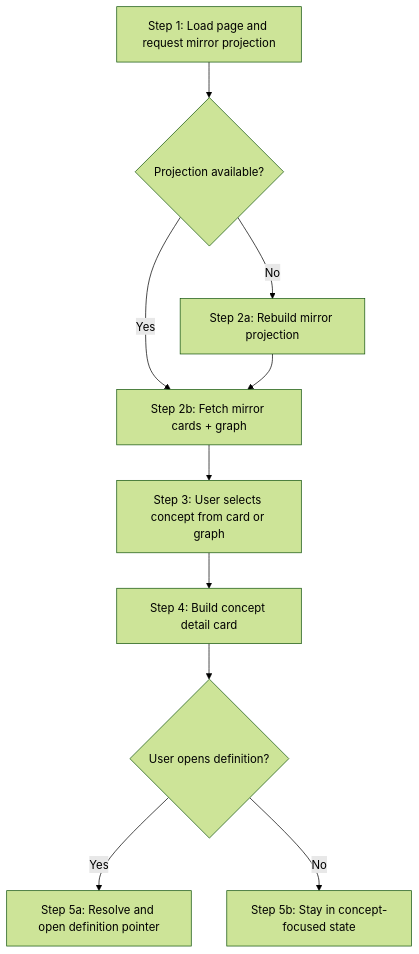
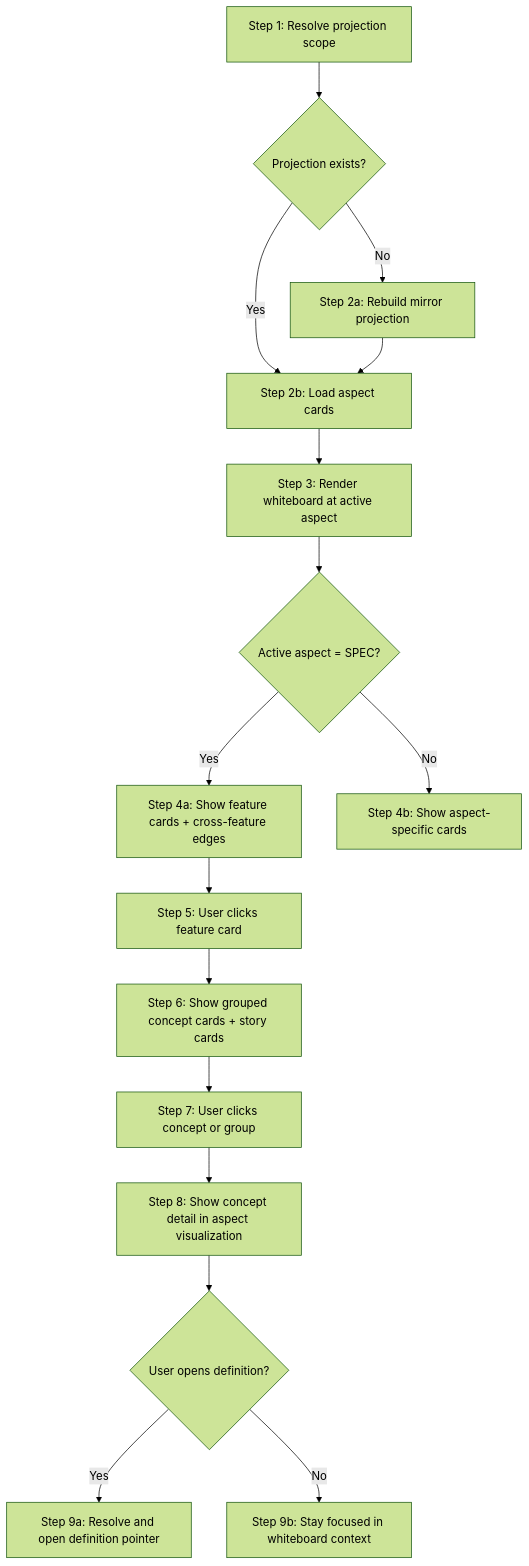
The diagram in docs/features/knowledge-graph-visualization/workflows.md (cyberAlchemyAI/domainspec), drawn with Mermaid (forest theme) before and after one commit. The commit also changed other lines of this file and 119 other files, not shown here.

Commit message:
chore: sync orchestration and knowledge-graph task updates

````diff
--- a/docs/features/knowledge-graph-visualization/workflows.md
+++ b/docs/features/knowledge-graph-visualization/workflows.md
@@ -13,12 +13,18 @@
 ```mermaid
 graph TD
-    A[Step 1: Load page and request mirror projection] --> B{Projection available?}
+    A[Step 1: Resolve projection scope] --> B{Projection exists?}
     B -->|No| C[Step 2a: Rebuild mirror projection]
-    B -->|Yes| D[Step 2b: Fetch mirror cards + graph]
+    B -->|Yes| D[Step 2b: Load aspect cards]
     C --> D
-    D --> E[Step 3: User selects concept from card or graph]
-    E --> F[Step 4: Build concept detail card]
-    F --> G{User opens definition?}
-    G -->|Yes| H[Step 5a: Resolve and open definition pointer]
-    G -->|No| I[Step 5b: Stay in concept-focused state]
+    D --> E[Step 3: Render whiteboard at active aspect]
+    E --> F{Active aspect = SPEC?}
+    F -->|Yes| G[Step 4a: Show feature cards + cross-feature edges]
+    F -->|No| H[Step 4b: Show aspect-specific cards]
+    G --> I[Step 5: User clicks feature card]
+    I --> J[Step 6: Show grouped concept cards + story cards]
+    J --> K[Step 7: User clicks concept or group]
+    K --> L[Step 8: Show concept detail in aspect visualization]
+    L --> M{User opens definition?}
+    M -->|Yes| N[Step 9a: Resolve and open definition pointer]
+    M -->|No| O[Step 9b: Stay focused in whiteboard context]
 ```
````
